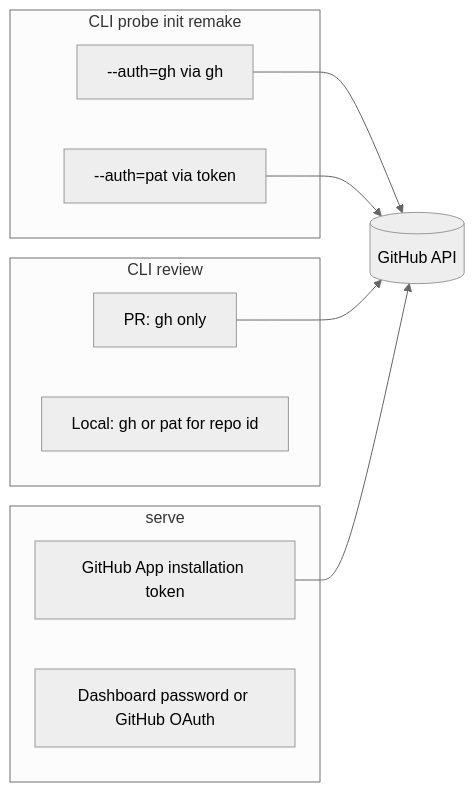
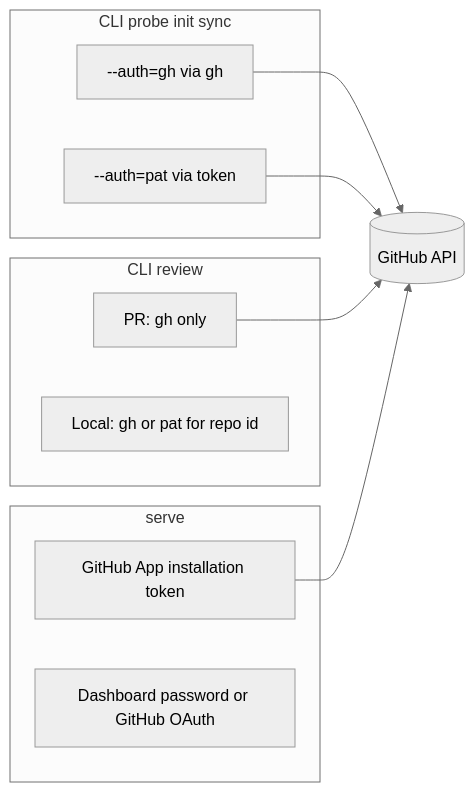
Before and after one commit to GroophyLifefor/co-maintainer: the diagram in docs/md/authentication.md, drawn with Mermaid (neutral theme). The commit also changed other lines of this file and 40 other files, not shown here.

First line of the commit message:
Rename the user-facing remake command to sync

````diff
--- a/docs/md/authentication.md
+++ b/docs/md/authentication.md
@@ -9,19 +9,19 @@
 ```mermaid
 flowchart LR
-  subgraph cli["CLI probe init remake"]
+  subgraph cli["CLI probe init sync"]
     ghcli["--auth=gh via gh"]
     pat["--auth=pat via token"]
   end
   subgraph reviewcli["CLI review"]
     rgh["PR: gh only"]
     rlocal["Local: gh or pat for repo id"]
   end
   subgraph server["serve"]
     app["GitHub App installation token"]
     dash["Dashboard password or GitHub OAuth"]
   end
   ghcli --> github[(GitHub API)]
   pat --> github
   rgh --> github
   app --> github
 ```
````
